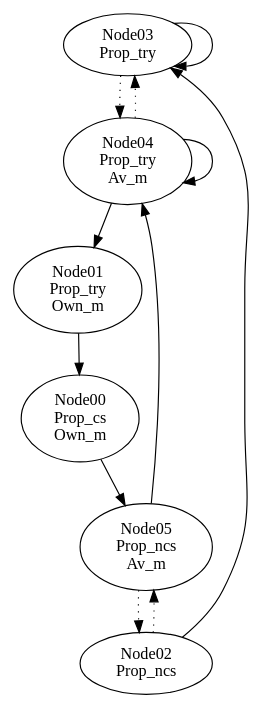
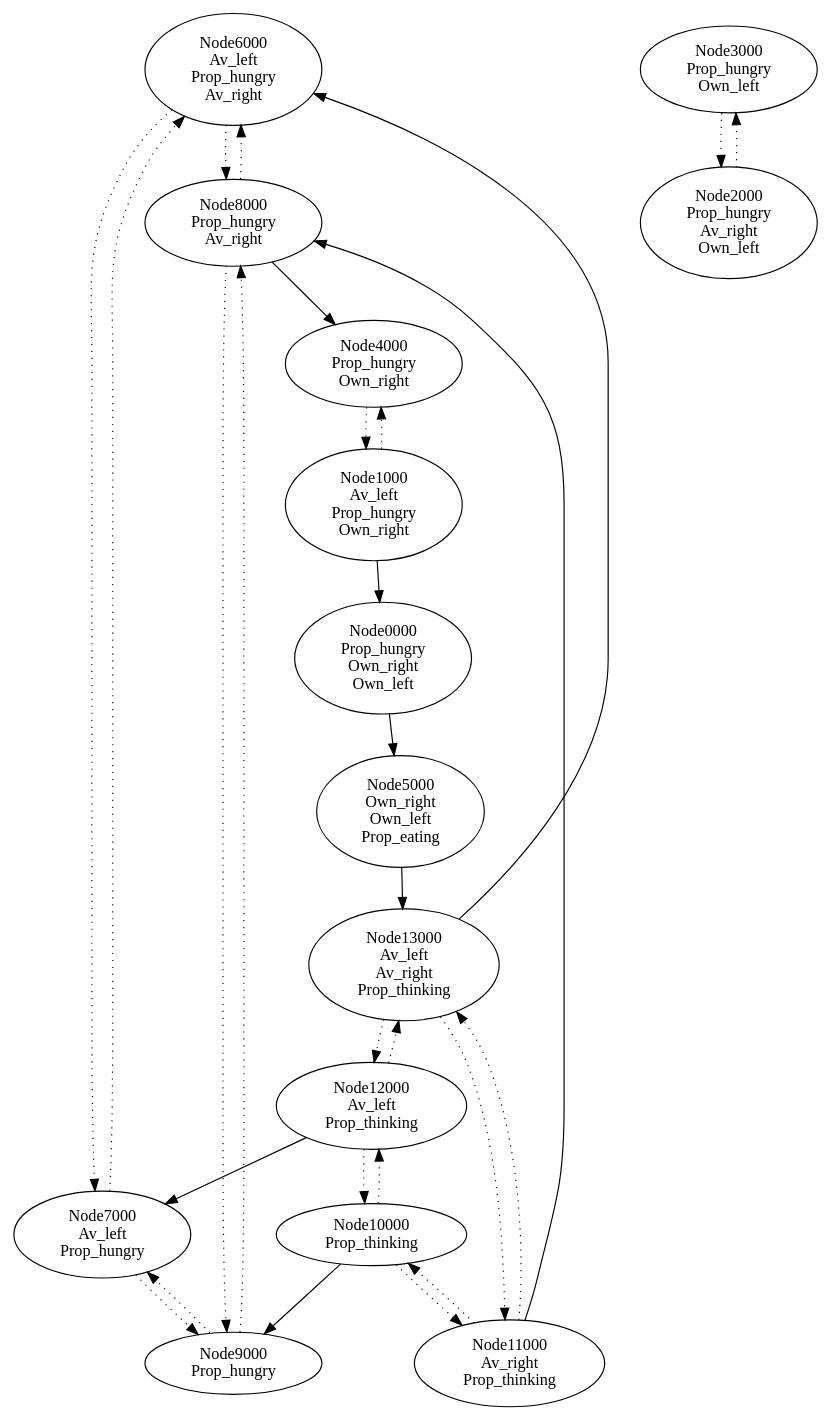
Before and after one commit to pablofcastro/PhilStone: the diagram in src/sample.dot, drawn with Graphviz. The commit also changed 113 other files, not shown here.

```diff
--- a/src/sample.dot
+++ b/src/sample.dot
@@ -1,19 +1,44 @@
 digraph G{
-Node03->Node03;
-Node03->Node04[style=dotted];
-Node03 [label = "Node03\nProp_try"];
-Node02->Node03;
-Node02->Node05[style=dotted];
-Node02 [label = "Node02\nProp_ncs"];
-Node05->Node04;
-Node05->Node02[style=dotted];
-Node05 [label = "Node05\nProp_ncs\nAv_m"];
-Node04->Node04;
-Node04->Node01;
-Node04->Node03[style=dotted];
-Node04 [label = "Node04\nProp_try\nAv_m"];
-Node01->Node00;
-Node01 [label = "Node01\nProp_try\nOwn_m"];
-Node00->Node05;
-Node00 [label = "Node00\nProp_cs\nOwn_m"];
+Node6000->Node8000[style=dotted];
+Node6000->Node7000[style=dotted];
+Node6000 [label = "Node6000\nAv_left\nProp_hungry\nAv_right"];
+Node11000->Node8000;
+Node11000->Node13000[style=dotted];
+Node11000->Node10000[style=dotted];
+Node11000 [label = "Node11000\nAv_right\nProp_thinking"];
+Node5000->Node13000;
+Node5000 [label = "Node5000\nOwn_right\nOwn_left\nProp_eating"];
+Node10000->Node9000;
+Node10000->Node12000[style=dotted];
+Node10000->Node11000[style=dotted];
+Node10000 [label = "Node10000\nProp_thinking"];
+Node12000->Node7000;
+Node12000->Node10000[style=dotted];
+Node12000->Node13000[style=dotted];
+Node12000 [label = "Node12000\nAv_left\nProp_thinking"];
+Node13000->Node6000;
+Node13000->Node11000[style=dotted];
+Node13000->Node12000[style=dotted];
+Node13000 [label = "Node13000\nAv_left\nAv_right\nProp_thinking"];
+Node9000->Node7000[style=dotted];
+Node9000->Node8000[style=dotted];
+Node9000 [label = "Node9000\nProp_hungry"];
+Node3000->Node2000[style=dotted];
+Node3000 [label = "Node3000\nProp_hungry\nOwn_left"];
+Node4000->Node1000[style=dotted];
+Node4000 [label = "Node4000\nProp_hungry\nOwn_right"];
+Node8000->Node4000;
+Node8000->Node6000[style=dotted];
+Node8000->Node9000[style=dotted];
+Node8000 [label = "Node8000\nProp_hungry\nAv_right"];
+Node7000->Node9000[style=dotted];
+Node7000->Node6000[style=dotted];
+Node7000 [label = "Node7000\nAv_left\nProp_hungry"];
+Node2000->Node3000[style=dotted];
+Node2000 [label = "Node2000\nProp_hungry\nAv_right\nOwn_left"];
+Node1000->Node0000;
+Node1000->Node4000[style=dotted];
+Node1000 [label = "Node1000\nAv_left\nProp_hungry\nOwn_right"];
+Node0000->Node5000;
+Node0000 [label = "Node0000\nProp_hungry\nOwn_right\nOwn_left"];
 }
```
